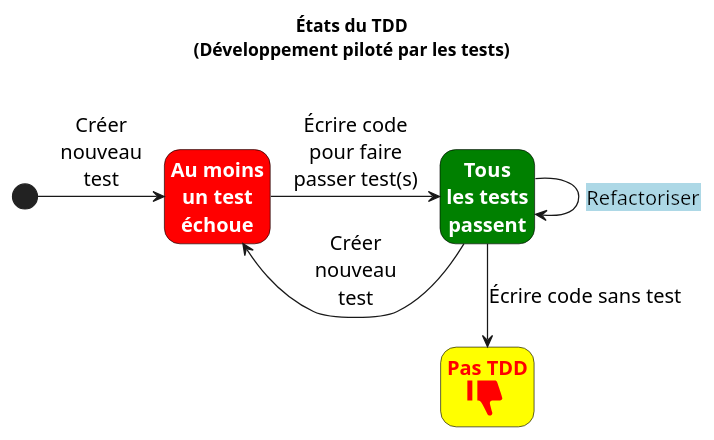
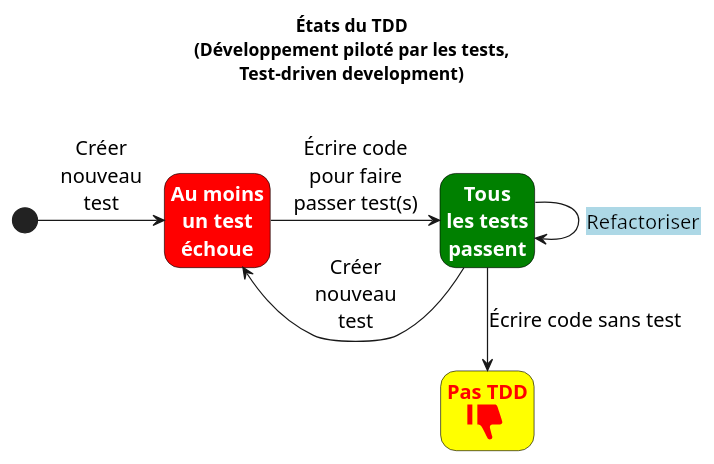
The diagram in docs/tdd.puml (profcfuhrmanets/log210-jeu-de-des-python-flask), drawn with PlantUML before and after one commit.

Commit message:
Title in English too

```diff
--- a/docs/tdd.puml
+++ b/docs/tdd.puml
@@ -1,21 +1,21 @@
 @startuml
 hide empty description
 skinparam style strictuml
 skinparam StateBorderColor black
 skinparam StateFontColor white
 skinparam StateFontStyle bold
 skinparam StateFontSize 16
 skinparam StateArrowFontSize 16
 skinparam DefaultFontName "Segoe UI Black"
 
-title États du TDD\n(Développement piloté par les tests)\n
+title États du TDD\n(Développement piloté par les tests,\nTest-driven development)\n
 
 state Rouge as "Au moins\nun test\néchoue" #red
 state Vert as "Tous\nles tests\npassent" #green
 state PasTDD as "<color red>Pas TDD\n<color red><size:48><&thumb-down></color>" #yellow
 [*] -right-> Rouge : Créer\nnouveau\ntest
 Rouge -r-> Vert : Écrire code\npour faire\npasser test(s)
 Vert -l-> Rouge : \nCréer\nnouveau\ntest
 Vert -> Vert : <back:lightblue>Refactoriser</back>
 Vert -->  PasTDD : Écrire code sans test
 @enduml
```
